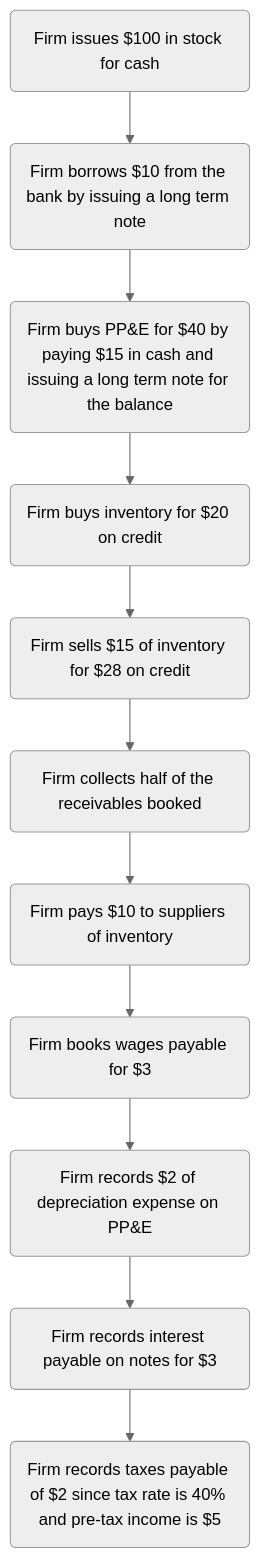
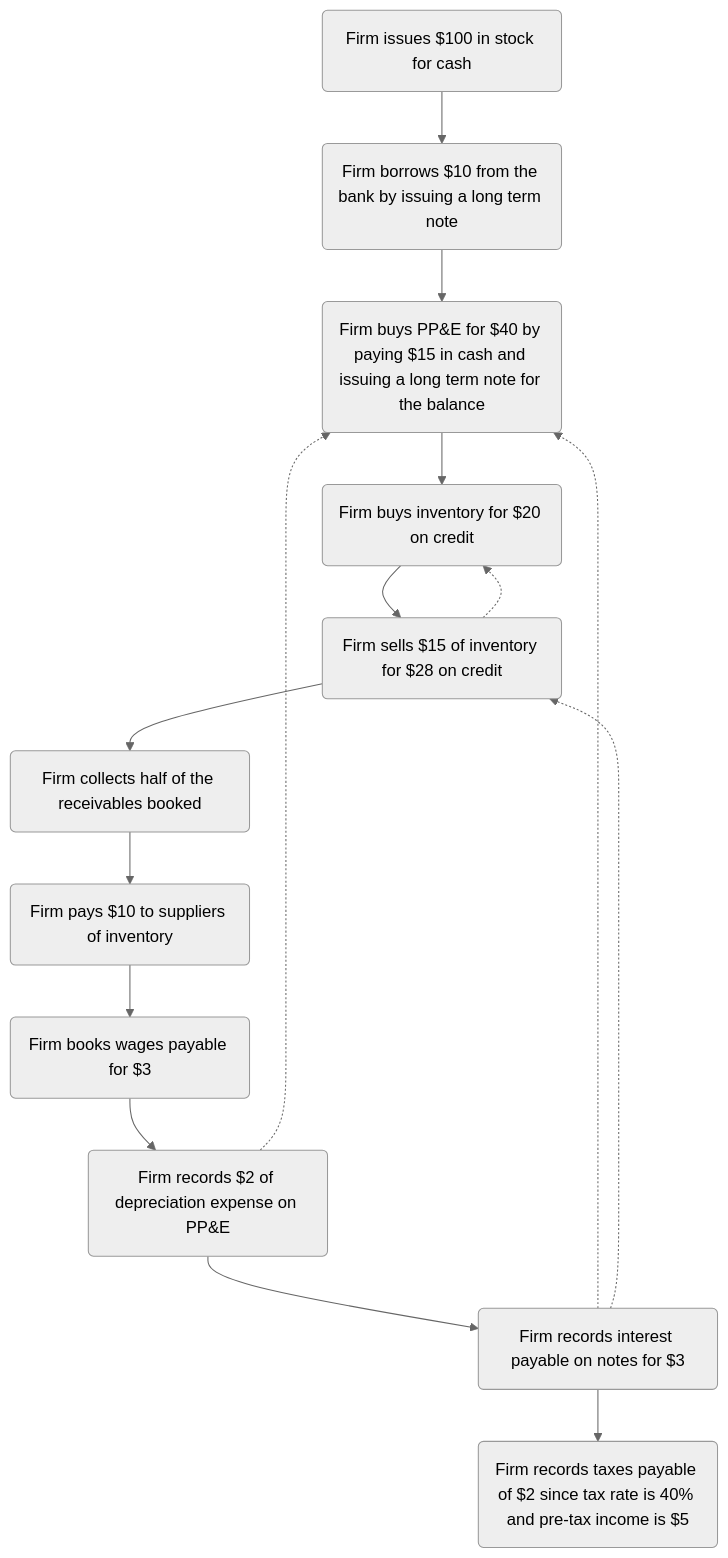
The diagram in Accounting_Notes.md (sheilsarda/Training_The_Street), drawn with Mermaid (neutral theme) before and after one commit.

Commit message:
added loop arrows

````diff
--- a/Accounting_Notes.md
+++ b/Accounting_Notes.md
@@ -75,13 +75,17 @@
 ```mermaid
 flowchart TB
     A(Firm issues $100 in stock for cash) --> B(Firm borrows $10 from the bank by issuing a long term note)
     B --> C(Firm buys PP&E for $40 by paying $15 in cash and issuing a long term note for the balance)
     C --> D(Firm buys inventory for $20 on credit)
     D --> E(Firm sells $15 of inventory for $28 on credit)
     E --> F(Firm collects half of the receivables booked)
     F --> G(Firm pays $10 to suppliers of inventory)
     G --> H(Firm books wages payable for $3)
     H --> I(Firm records $2 of depreciation expense on PP&E)
     I --> J(Firm records interest payable on notes for $3)
     J --> K(Firm records taxes payable of $2 since tax rate is 40% and pre-tax income is $5)
+    I -.-> C
+    E -.-> D
+    J -.-> C
+    J -.-> E
 ```
````
